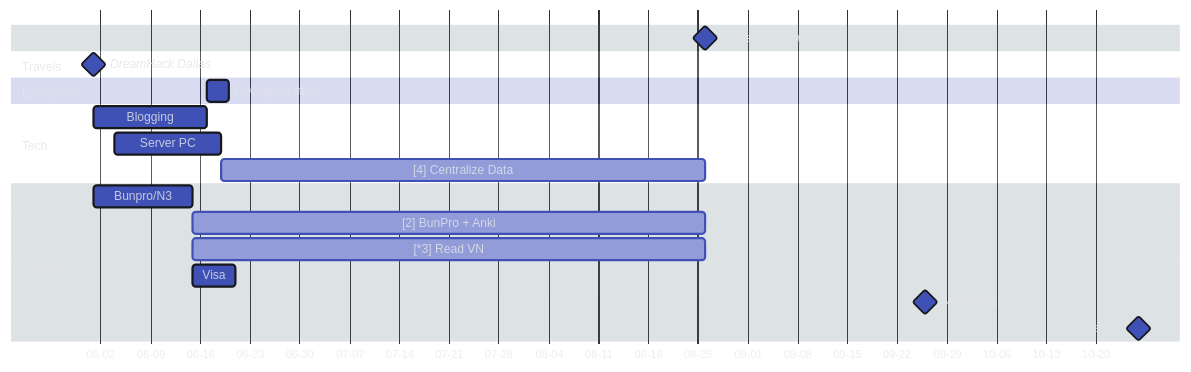
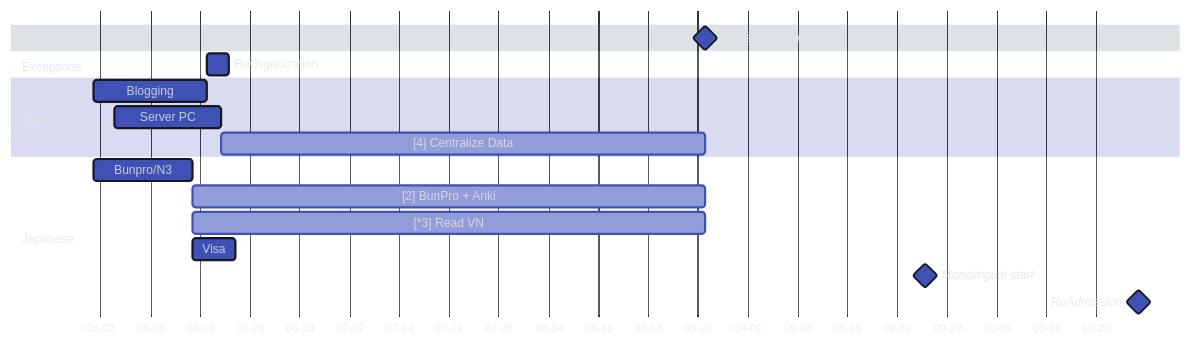
The first of 2 diagrams in docs/index.md (Serralq/Project-Norn), drawn with Mermaid before and after one commit. The commit also changed other lines of this file and 3 other files, not shown here.

````diff
--- a/docs/index.md
+++ b/docs/index.md
@@ -40,41 +34,39 @@
     ``` mermaid
     %%{
       init: {
         'theme': 'base',
         'themeVariables': {
           'darkMode': 'true',
           'fontFamily': 'hermit',
           'primaryColor': '#4051b5',
           'primaryBorderColor': '#16181D',
           'tertiaryColor': '#546d78',
           'tertiaryTextColor': '#E2E4E9D1',
           'textColor': '#E2E4E9D1',
           'noteTextColor': '#E2E4E9D1'
         }
       }
     }%%
     gantt
       dateFormat YY-MM-DD
       axisFormat %m-%d
       tickInterval 1week
       todayMarker stroke-width:3px,stroke:#E2E4E9,opacity:0.5
       section Meta
         ReAssessment              :milestone,  m1, 24-08-26, 0d
-      section Travels
-        DreamHack Dallas          :milestone,  v1 , 24-06-01, 0d
       section Exceptions
         ReOrganization            :            m3 , 24-06-17, 24-06-20
       section Tech
         Blogging                  :            t1 , 24-06-01, 24-06-17
         Server PC                 :            t2 , 24-06-04, 24-06-19
         [4] Centralize Data           :active,     t3 , 24-06-19, until m1
       section Japanese
         Bunpro/N3                 :            j1 , 24-06-01, 24-06-15
         [2] BunPro + Anki             :active,     j2 , after j1, until m1
         [*3] Read VN                  :active,     j3 , after j1, until m1
         Visa                      :            j4 , 24-06-15, 24-06-21
         %% Futures
         Monolingual start         :milestone,  j11, 24-09-26, 0d
         ReAdmission               :milestone,  j10, 24-10-26, 0d
       section Stationaries
     ```
````
